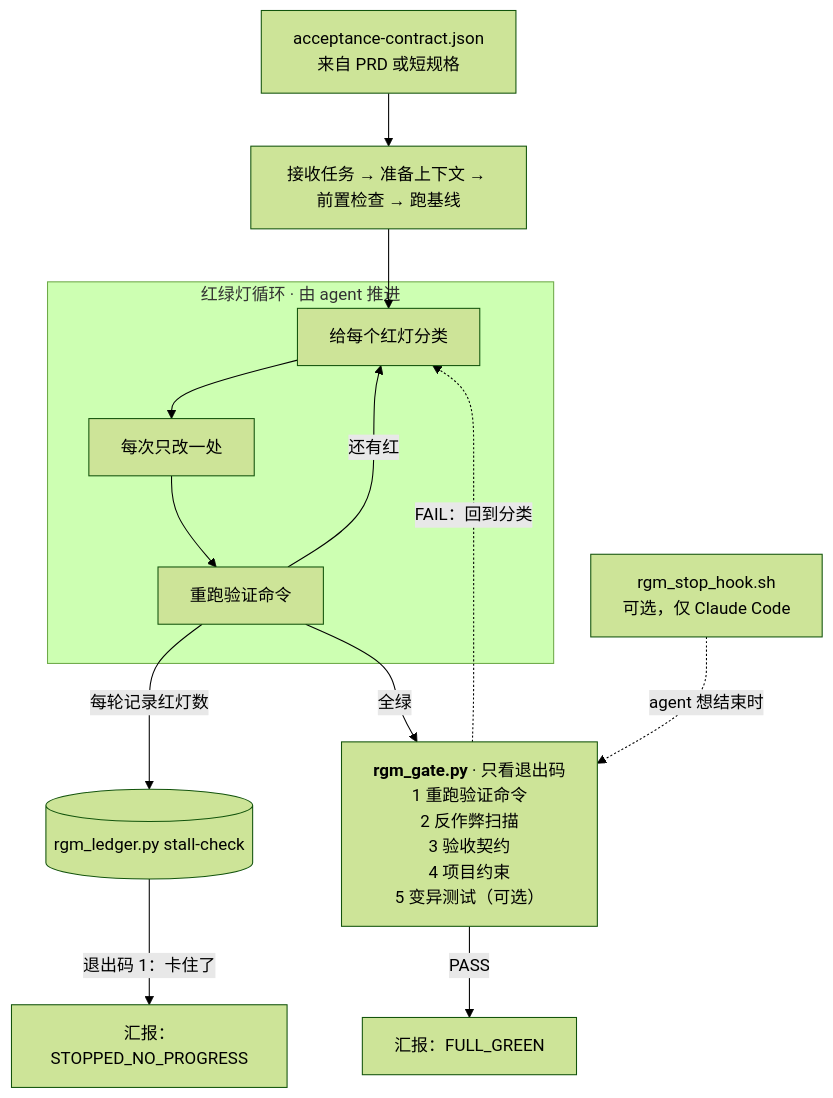
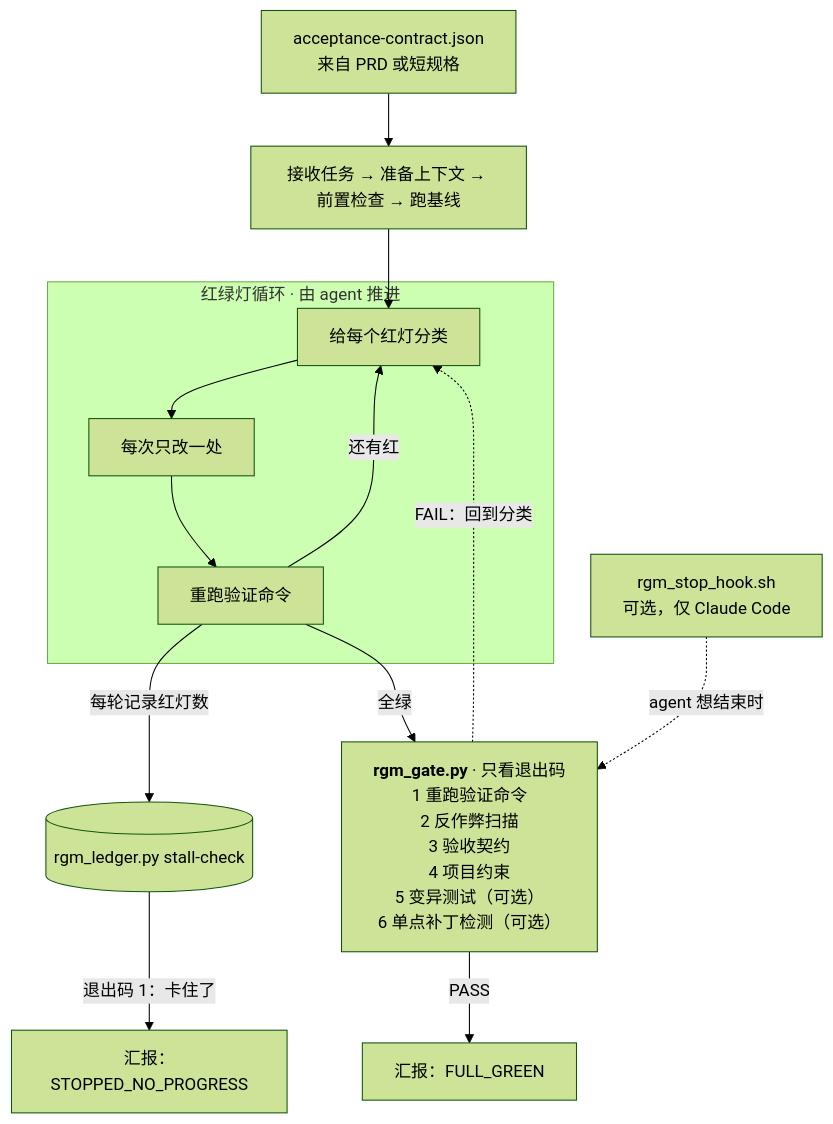
The diagram in README.zh.md (hidevinliu/red-green-mode), drawn with Mermaid (forest theme) before and after one commit. The commit also changed other lines of this file and 395 other files, not shown here.

````diff
--- a/README.zh.md
+++ b/README.zh.md
@@ -9,19 +9,19 @@
 ```mermaid
 flowchart TD
     SPEC["acceptance-contract.json<br/>来自 PRD 或短规格"] --> START["接收任务 → 准备上下文 → 前置检查 → 跑基线"]
     START --> T
 
     subgraph LOOP["红绿灯循环 · 由 agent 推进"]
         T["给每个红灯分类"] --> F["每次只改一处"]
         F --> V["重跑验证命令"]
         V -- "还有红" --> T
     end
 
     V -- "每轮记录红灯数" --> L[("rgm_ledger.py stall-check")]
     L -- "退出码 1：卡住了" --> STOP["汇报：STOPPED_NO_PROGRESS"]
 
-    V -- "全绿" --> G["<b>rgm_gate.py</b> · 只看退出码<br/>1 重跑验证命令<br/>2 反作弊扫描<br/>3 验收契约<br/>4 项目约束<br/>5 变异测试（可选）"]
+    V -- "全绿" --> G["<b>rgm_gate.py</b> · 只看退出码<br/>1 重跑验证命令<br/>2 反作弊扫描<br/>3 验收契约<br/>4 项目约束<br/>5 变异测试（可选）<br/>6 单点补丁检测（可选）"]
     HOOK["rgm_stop_hook.sh<br/>可选，仅 Claude Code"] -. "agent 想结束时" .-> G
     G -- "PASS" --> DONE["汇报：FULL_GREEN"]
     G -. "FAIL：回到分类" .-> T
 ```
````
